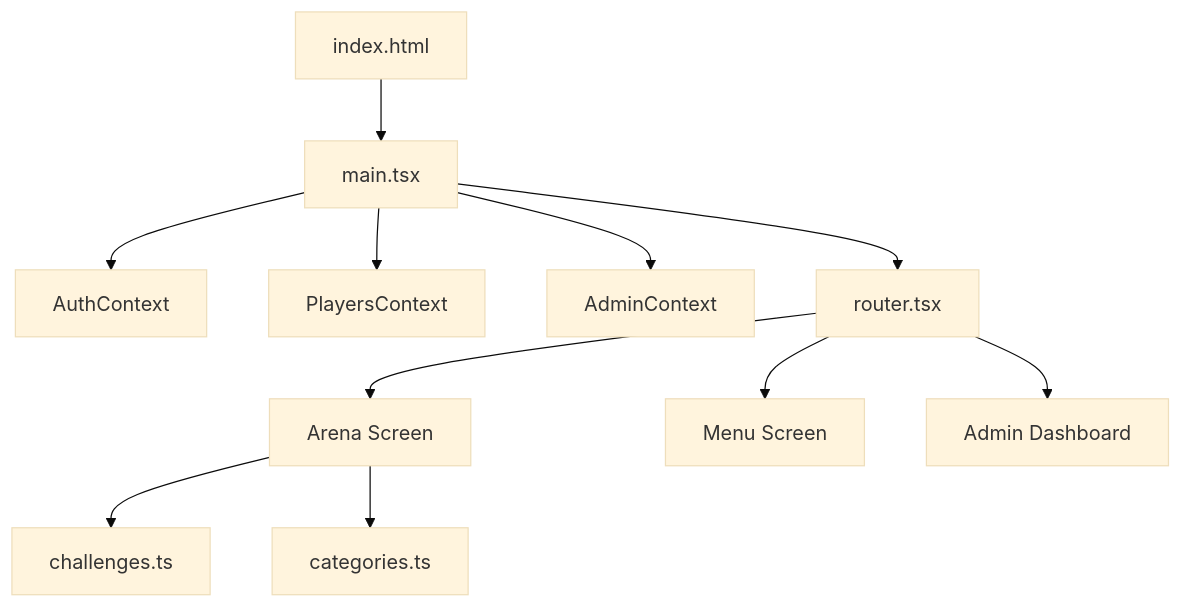
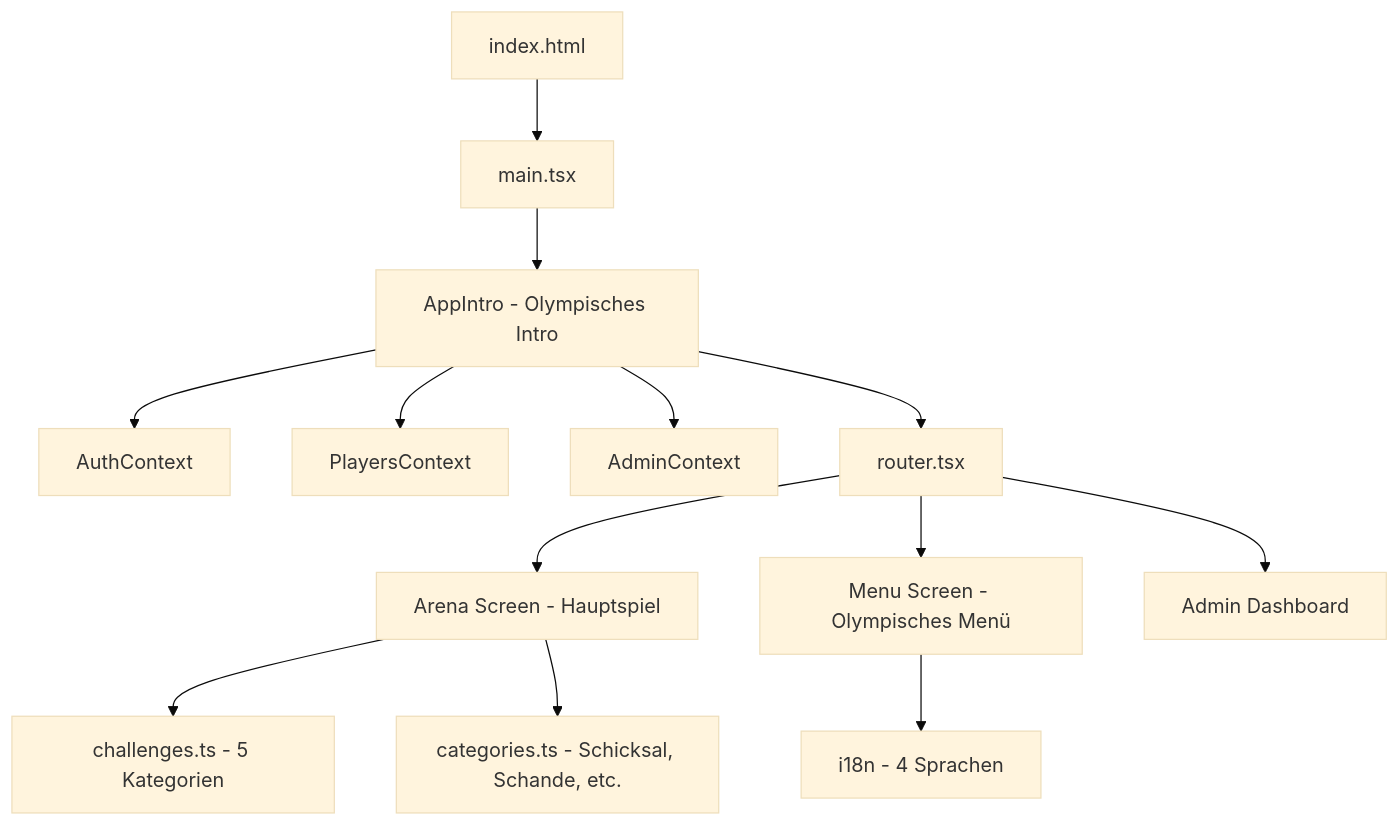
The diagram in docs/PROJECT_STRUCTURE.md (Schmidtstar/mallex-remote-api), drawn with Mermaid (base theme) before and after one commit. The commit also changed other lines of this file and 2 other files, not shown here.

First line of the commit message:
Assistant checkpoint: Aktualisiert alle 3 Dokumentationsdateien mit neuem Intro, erweiterten Features und aktuellem Stand

````diff
--- a/docs/PROJECT_STRUCTURE.md
+++ b/docs/PROJECT_STRUCTURE.md
@@ -127,13 +135,15 @@
 ```mermaid
 graph TD
     A[index.html] --> B[main.tsx]
-    B --> C[AuthContext]
-    B --> D[PlayersContext]  
-    B --> E[AdminContext]
-    B --> F[router.tsx]
-    F --> G[Arena Screen]
-    F --> H[Menu Screen]
-    F --> I[Admin Dashboard]
-    G --> J[challenges.ts]
-    G --> K[categories.ts]
+    B --> C[AppIntro - Olympisches Intro]
+    C --> D[AuthContext]
+    C --> E[PlayersContext]  
+    C --> F[AdminContext]
+    C --> G[router.tsx]
+    G --> H[Arena Screen - Hauptspiel]
+    G --> I[Menu Screen - Olympisches Menü]
+    G --> J[Admin Dashboard]
+    H --> K[challenges.ts - 5 Kategorien]
+    H --> L[categories.ts - Schicksal, Schande, etc.]
+    I --> M[i18n - 4 Sprachen]
 ```
````
